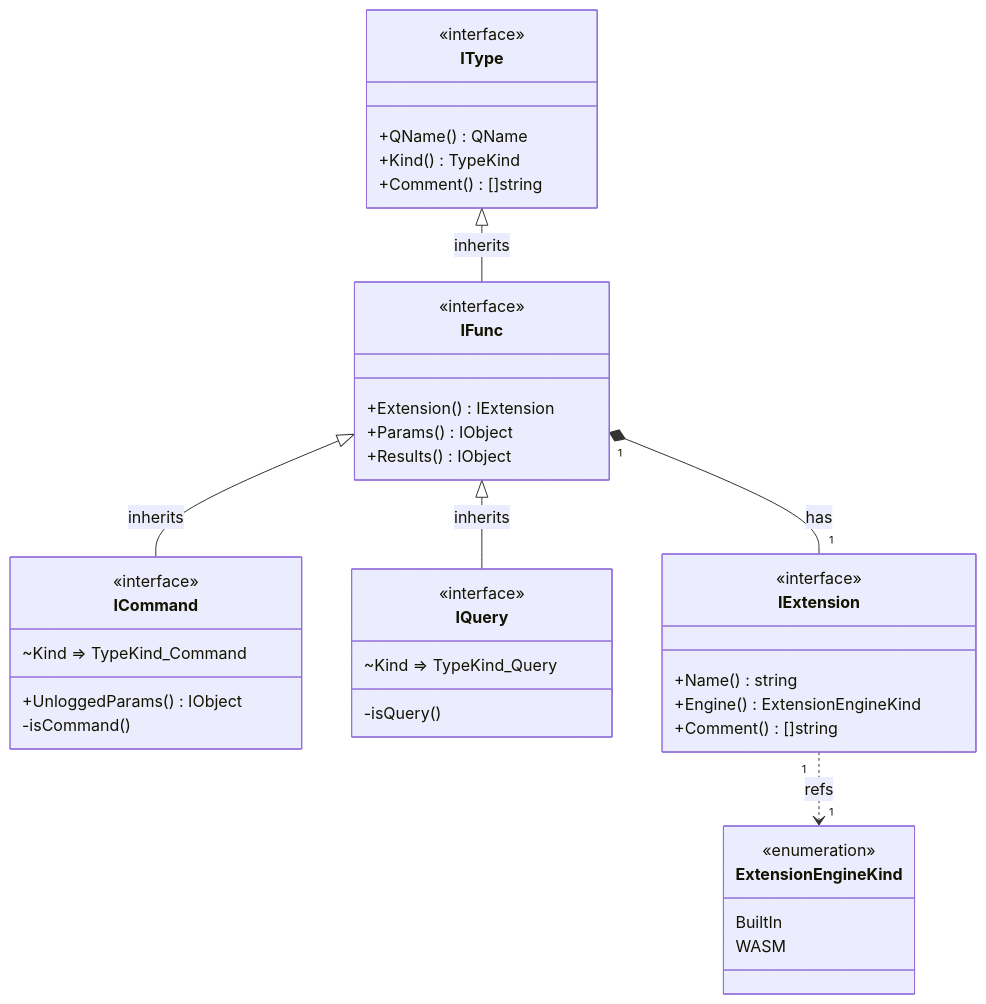
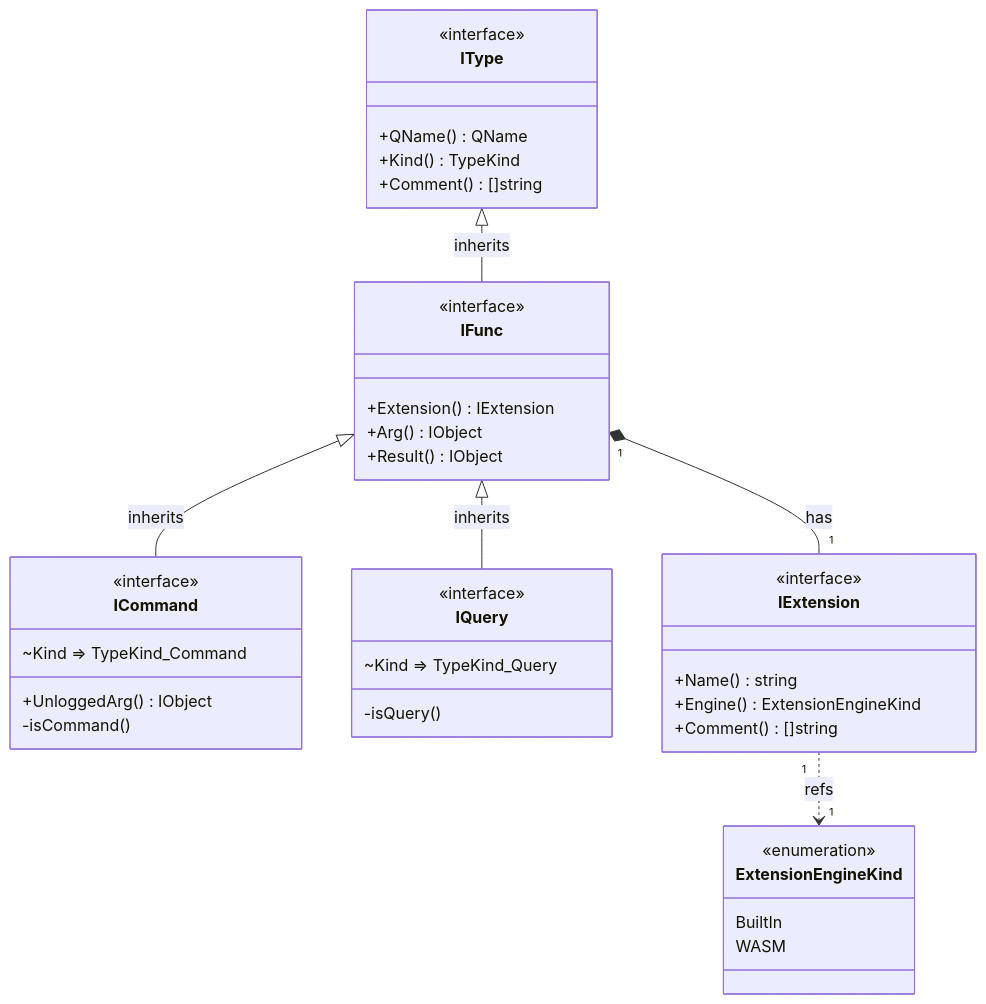
Before and after one commit to voedger/voedger: the seventh of 7 diagrams in pkg/appdef/README.md, drawn with Mermaid. The commit also changed other lines of this file and 8 other files, not shown here.

````diff
--- a/pkg/appdef/README.md
+++ b/pkg/appdef/README.md
@@ -786,50 +787,50 @@
 ```mermaid
 classDiagram
     
     direction TB
 
     class IType {
         <<interface>>
         +QName() QName
         +Kind() TypeKind
         +Comment() []string
     }
 
     IType <|-- IFunc : inherits
     class IFunc {
         <<interface>>
         +Extension() IExtension
-        +Params() IObject
-        +Results() IObject
+        +Arg() IObject
+        +Result() IObject
     }
 
     IFunc <|-- ICommand : inherits
     class ICommand {
         <<interface>>
         ~Kind => TypeKind_Command
-        +UnloggedParams() IObject
+        +UnloggedArg() IObject
         -isCommand()
     }
 
     IFunc <|-- IQuery : inherits
     class IQuery {
         <<interface>>
         ~Kind => TypeKind_Query
         -isQuery()
     }
 
     IFunc "1" *-- "1" IExtension : has
     class IExtension {
         <<interface>>
         +Name() string
         +Engine() ExtensionEngineKind
         +Comment() []string
     }
 
     IExtension "1" ..> "1" ExtensionEngineKind : refs
     class ExtensionEngineKind {
         <<enumeration>>
         BuiltIn
         WASM
     }
 ```
````
